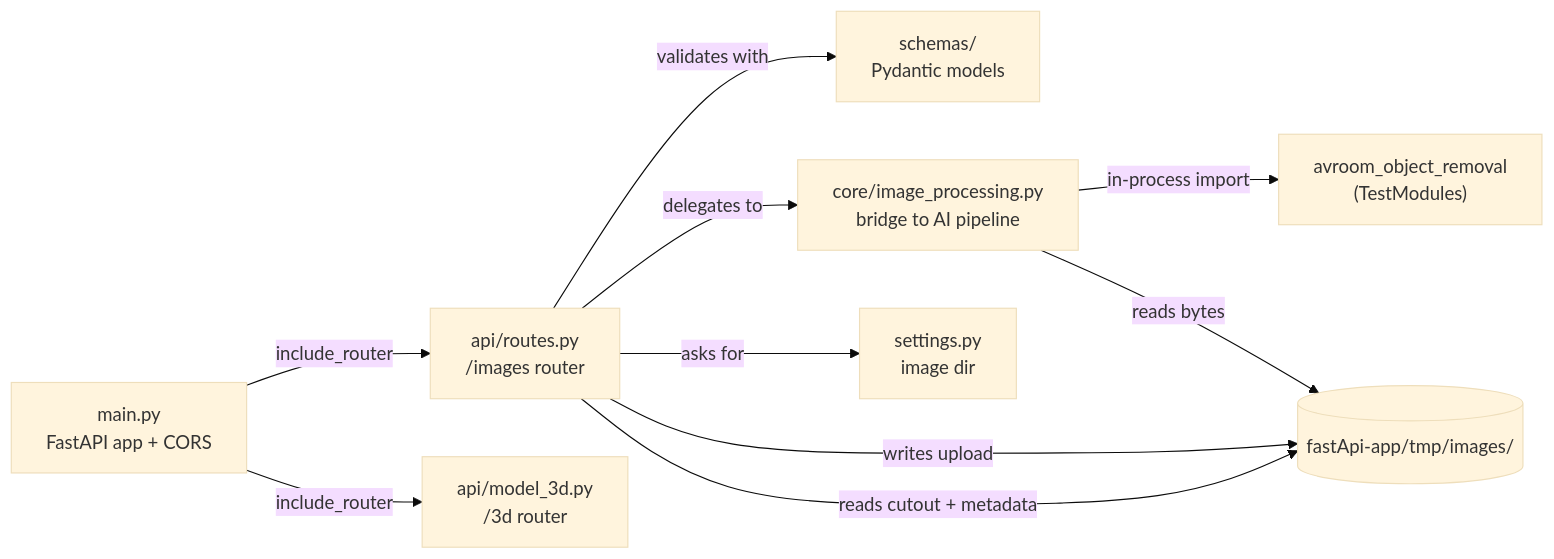
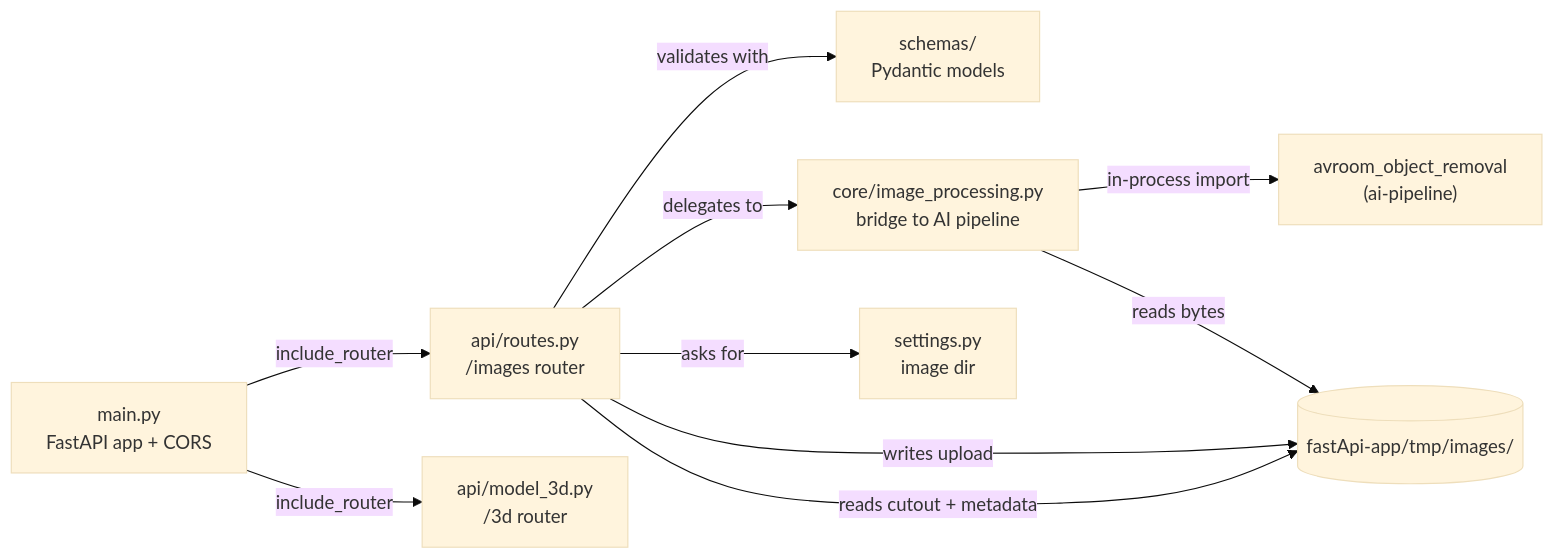
The diagram in docs/backend/README.md (1mache/avroom), drawn with Mermaid (base theme) before and after one commit. The commit also changed 229 other files, not shown here.

````diff
--- a/docs/backend/README.md
+++ b/docs/backend/README.md
@@ -17,21 +17,21 @@
 ```mermaid
 flowchart LR
     main["main.py<br/>FastAPI app + CORS"]
     routes["api/routes.py<br/>/images router"]
     model3d["api/model_3d.py<br/>/3d router"]
     core["core/image_processing.py<br/>bridge to AI pipeline"]
     schemas["schemas/<br/>Pydantic models"]
     settings["settings.py<br/>image dir"]
-    pipeline["avroom_object_removal<br/>(TestModules)"]
+    pipeline["avroom_object_removal<br/>(ai-pipeline)"]
     disk[("fastApi-app/tmp/images/")]
 
     main -->|include_router| routes
     main -->|include_router| model3d
     routes -->|validates with| schemas
     routes -->|delegates to| core
     routes -->|asks for| settings
     core -->|"in-process import"| pipeline
     routes -->|writes upload| disk
     core -->|reads bytes| disk
     routes -->|reads cutout + metadata| disk
 ```
````
